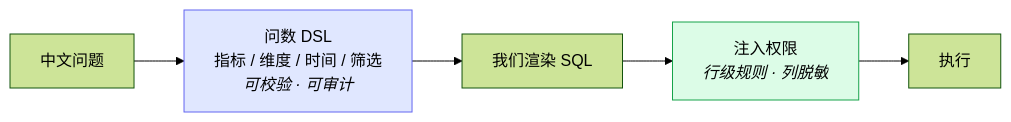
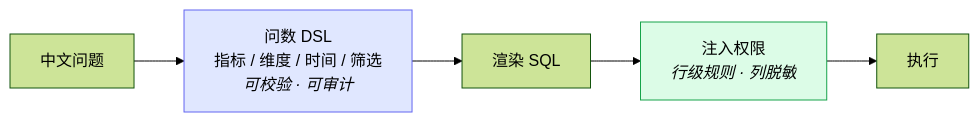
The first of 2 diagrams in README.md (liusongboyy/chatdata-agent), drawn with Mermaid (forest theme) before and after one commit. The commit also changed other lines of this file and 3 other files, not shown here.

````diff
--- a/README.md
+++ b/README.md
@@ -23,10 +30,10 @@
 ```mermaid
 flowchart LR
     Q["中文问题"] --> D["问数 DSL<br/>指标 / 维度 / 时间 / 筛选<br/><i>可校验 · 可审计</i>"]
-    D --> R["我们渲染 SQL"]
+    D --> R["渲染 SQL"]
     R --> P["注入权限<br/><i>行级规则 · 列脱敏</i>"]
     P --> E["执行"]
 
     style D fill:#e0e7ff,stroke:#6366f1
     style P fill:#dcfce7,stroke:#16a34a
 ```
````
